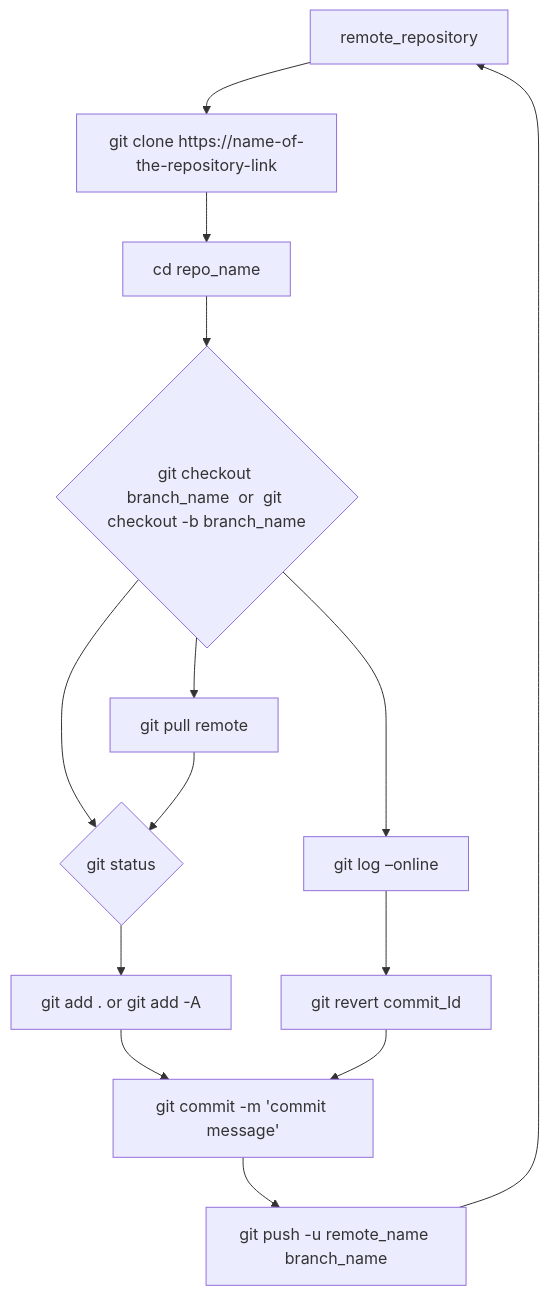
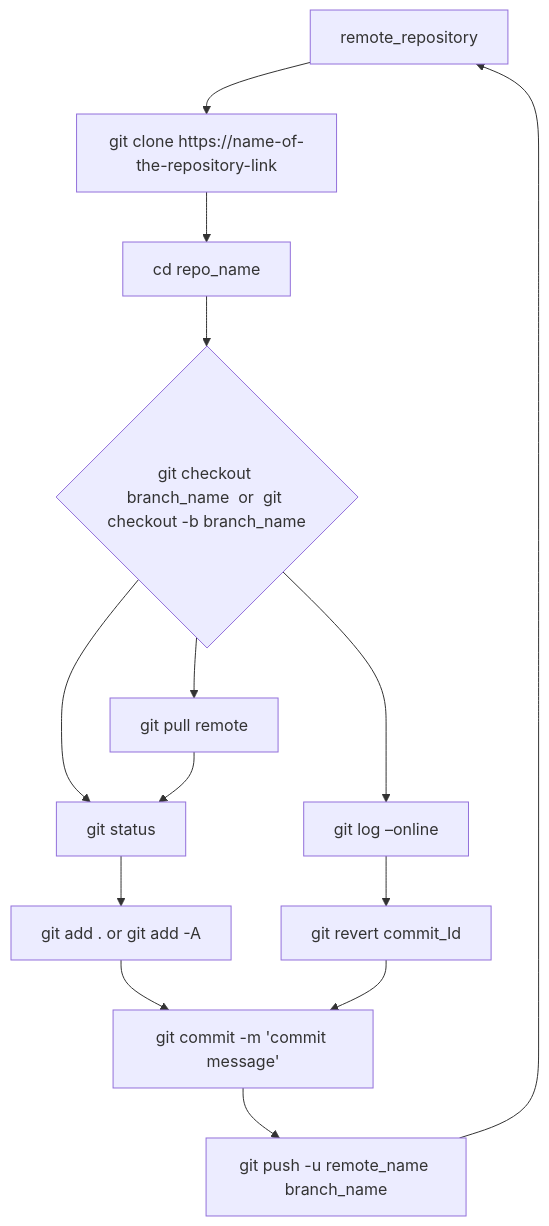
One commit to stawssthub/tstmd changed the diagram in Git_Workflow_for_Developers_.md. Above: the diagram before and after it, drawn with Mermaid.

Commit message:
Add files via upload
dds

````diff
--- a/Git_Workflow_for_Developers_.md
+++ b/Git_Workflow_for_Developers_.md
@@ -204,16 +204,16 @@
 ```mermaid
 flowchart TD;
     remote_repository-->working_directory[git clone https://name-of-the-repository-link];
     working_directory-->Change_directory[cd repo_name ];
     Change_directory-->checkout_branch{git checkout branch_name  or  git checkout -b branch_name};
-    checkout_branch-->git_status{git status};
+    checkout_branch-->git_status[git status];
     git_status-->git_add[git add .  or  git add -A];
     git_add-->git_commit[git commit -m 'commit message'];
     git_commit-->git_push[git push -u remote_name branch_name];
     git_push-->remote_repository;
     checkout_branch-->git_pull[git pull remote];
     git_pull-->git_status;
     checkout_branch-->git_revert_log[git log –online];
     git_revert_log-->git_revert_commitid[git revert commit_Id];
     git_revert_commitid-->git_commit;
 ```
````
